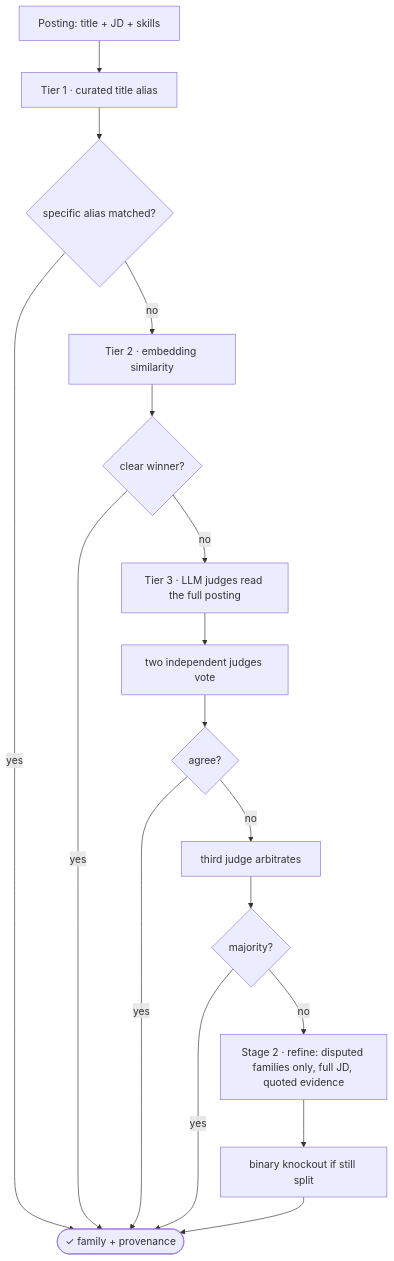
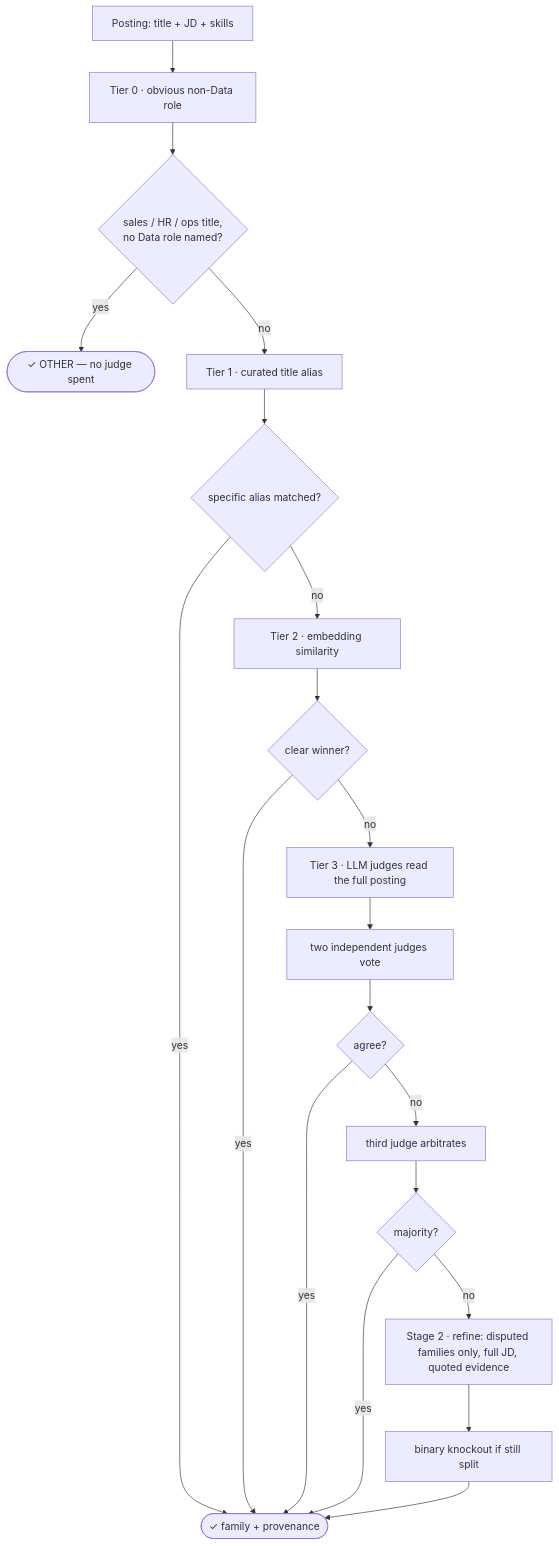
Before and after one commit to BhunZ/Vietnam-Data-Job-Market-Analysis: the second of 2 diagrams in README.md, drawn with Mermaid. The commit also changed other lines of this file and 1 other file, not shown here.

````diff
--- a/README.md
+++ b/README.md
@@ -63,19 +63,22 @@
 ```mermaid
 flowchart TD
-    T[Posting: title + JD + skills] --> R[Tier 1 · curated title alias]
+    T[Posting: title + JD + skills] --> Z[Tier 0 · obvious non-Data role]
+    Z --> ZC{sales / HR / ops title,<br/>no Data role named?}
+    ZC -- yes --> OTH([✓ OTHER — no judge spent])
+    ZC -- no --> R[Tier 1 · curated title alias]
     R --> RC{specific alias matched?}
     RC -- yes --> DONE([✓ family + provenance])
     RC -- no --> E[Tier 2 · embedding similarity]
     E --> EC{clear winner?}
     EC -- yes --> DONE
     EC -- no --> L[Tier 3 · LLM judges read the full posting]
     L --> V1[two independent judges vote]
     V1 --> AG{agree?}
     AG -- yes --> DONE
     AG -- no --> V3[third judge arbitrates]
     V3 --> MAJ{majority?}
     MAJ -- yes --> DONE
     MAJ -- no --> RF[Stage 2 · refine: disputed families only, full JD, quoted evidence]
     RF --> KO[binary knockout if still split]
     KO --> DONE
 ```
````
